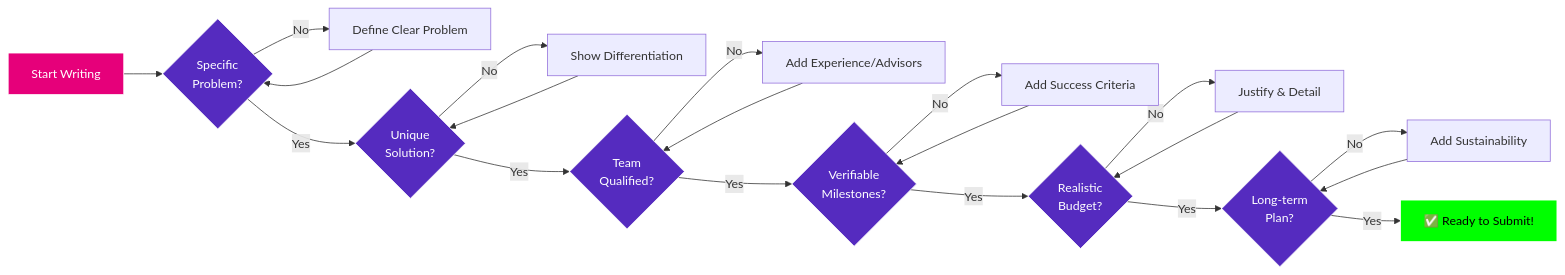
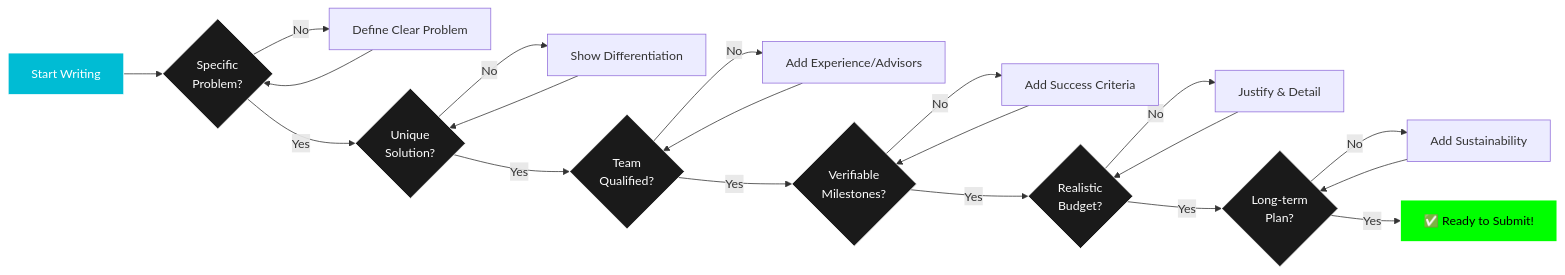
Diagram 12 of 17 in slides/polkadot-grant-ecosystem.md (openguild-labs/polkadot-codecamp), drawn with Mermaid before and after one commit. The commit also changed other lines of this file and 6 other files, not shown here.

````diff
--- a/slides/polkadot-grant-ecosystem.md
+++ b/slides/polkadot-grant-ecosystem.md
@@ -873,36 +873,36 @@
 ```mermaid
 graph LR
     START[Start Writing] --> Q1{Specific<br/>Problem?}
     Q1 -->|No| FIX1[Define Clear Problem]
     FIX1 --> Q1
     Q1 -->|Yes| Q2{Unique<br/>Solution?}
 
     Q2 -->|No| FIX2[Show Differentiation]
     FIX2 --> Q2
     Q2 -->|Yes| Q3{Team<br/>Qualified?}
 
     Q3 -->|No| FIX3[Add Experience/Advisors]
     FIX3 --> Q3
     Q3 -->|Yes| Q4{Verifiable<br/>Milestones?}
 
     Q4 -->|No| FIX4[Add Success Criteria]
     FIX4 --> Q4
     Q4 -->|Yes| Q5{Realistic<br/>Budget?}
 
     Q5 -->|No| FIX5[Justify & Detail]
     FIX5 --> Q5
     Q5 -->|Yes| Q6{Long-term<br/>Plan?}
 
     Q6 -->|No| FIX6[Add Sustainability]
     FIX6 --> Q6
     Q6 -->|Yes| READY[✅ Ready to Submit!]
 
-    style START fill:#E6007A,stroke:#fff,color:#fff
+    style START fill:#00BCD4,stroke:#fff,color:#fff
     style READY fill:#00ff00,stroke:#fff,color:#000
-    style Q1 fill:#552BBF,stroke:#fff,color:#fff
-    style Q2 fill:#552BBF,stroke:#fff,color:#fff
-    style Q3 fill:#552BBF,stroke:#fff,color:#fff
-    style Q4 fill:#552BBF,stroke:#fff,color:#fff
-    style Q5 fill:#552BBF,stroke:#fff,color:#fff
-    style Q6 fill:#552BBF,stroke:#fff,color:#fff
+    style Q1 fill:#1a1a1a,stroke:#fff,color:#fff
+    style Q2 fill:#1a1a1a,stroke:#fff,color:#fff
+    style Q3 fill:#1a1a1a,stroke:#fff,color:#fff
+    style Q4 fill:#1a1a1a,stroke:#fff,color:#fff
+    style Q5 fill:#1a1a1a,stroke:#fff,color:#fff
+    style Q6 fill:#1a1a1a,stroke:#fff,color:#fff
 ```
````
